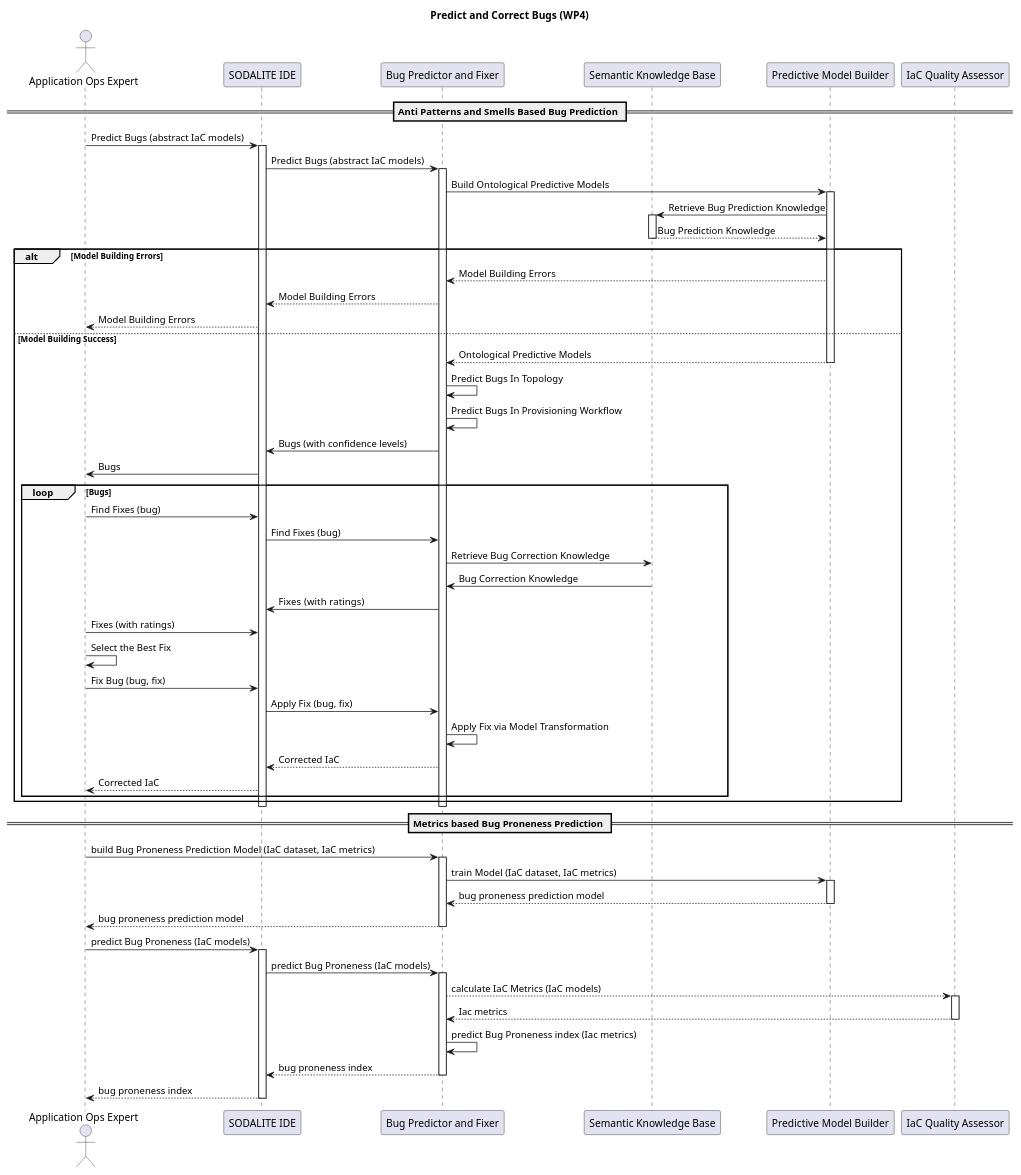
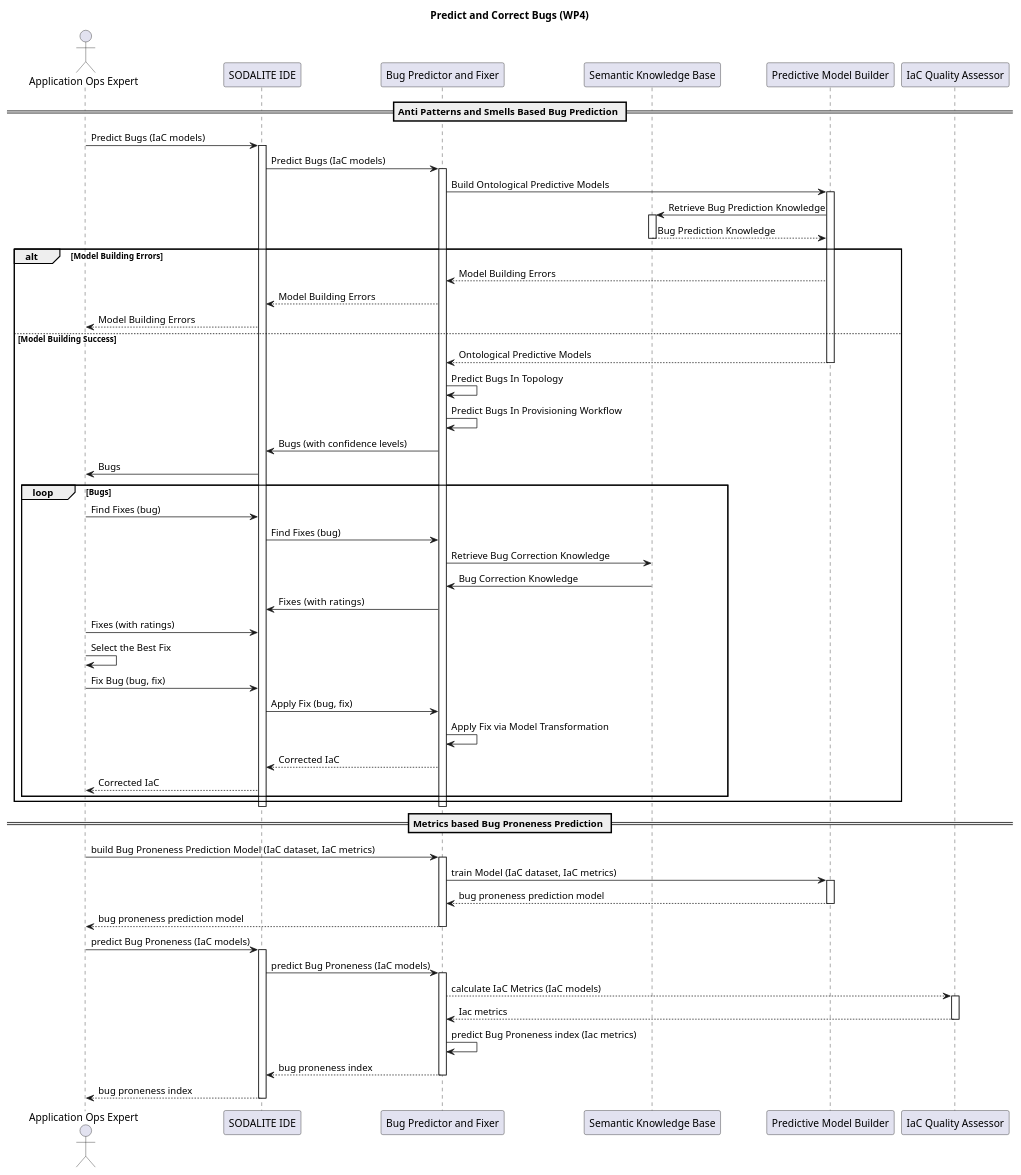
One commit to SODALITE-EU/project-wide-documentation changed the diagram in uml/sequence-diagrams/UC-05-PredictandCorrectBugs-WP4.puml. Above: the diagram before and after it, drawn with PlantUML.

Commit message:
Update UC-05-PredictandCorrectBugs-WP4.puml
Removed "Abstract"

```diff
--- a/uml/sequence-diagrams/UC-05-PredictandCorrectBugs-WP4.puml
+++ b/uml/sequence-diagrams/UC-05-PredictandCorrectBugs-WP4.puml
@@ -1,76 +1,76 @@
 @startuml
 
 title Predict and Correct Bugs (WP4)
 actor "Application Ops Expert" as ops
 participant "SODALITE IDE" as sic
 participant "Bug Predictor and Fixer" as bp
 participant "Semantic Knowledge Base" as skb
 participant "Predictive Model Builder" as pmb
 participant "IaC Quality Assessor" as iqa
 
 == Anti Patterns and Smells Based Bug Prediction ==
 
-ops-> sic: Predict Bugs (abstract IaC models)
+ops-> sic: Predict Bugs (IaC models)
 activate sic
-sic-> bp: Predict Bugs (abstract IaC models)
+sic-> bp: Predict Bugs (IaC models)
 activate bp
 bp -> pmb: Build Ontological Predictive Models
 activate pmb
 pmb -> skb: Retrieve Bug Prediction Knowledge
 activate skb
 skb --> pmb: Bug Prediction Knowledge
 deactivate skb
 alt Model Building Errors
     pmb --> bp: Model Building Errors
     bp --> sic: Model Building Errors
     sic --> ops: Model Building Errors
 else Model Building Success
     pmb --> bp: Ontological Predictive Models
     deactivate pmb
     bp -> bp: Predict Bugs In Topology
     bp -> bp: Predict Bugs In Provisioning Workflow
     bp -> sic: Bugs (with confidence levels)
     sic -> ops: Bugs
     loop Bugs
        ops -> sic: Find Fixes (bug)
        sic -> bp:  Find Fixes (bug)
        bp-> skb: Retrieve Bug Correction Knowledge
        skb -> bp: Bug Correction Knowledge
        bp -> sic: Fixes  (with ratings)
        ops -> sic: Fixes (with ratings)
        ops -> ops: Select the Best Fix
        ops -> sic: Fix Bug (bug, fix)
        sic -> bp : Apply Fix (bug, fix)
        bp -> bp :  Apply Fix via Model Transformation
        bp --> sic: Corrected IaC
        sic --> ops: Corrected IaC
     end
 end
 deactivate bp
 deactivate sic
 
 == Metrics based Bug Proneness Prediction ==
 
 ops -> bp: build Bug Proneness Prediction Model (IaC dataset, IaC metrics)
 activate bp
 bp -> pmb: train Model (IaC dataset, IaC metrics)
 activate pmb
 pmb --> bp: bug proneness prediction model
 deactivate pmb
 bp --> ops: bug proneness prediction model
 deactivate bp
 ops -> sic: predict Bug Proneness (IaC models)
 activate sic
 sic -> bp: predict Bug Proneness (IaC models)
 activate bp
 bp --> iqa: calculate IaC Metrics (IaC models)
 activate iqa
 iqa --> bp: Iac metrics
 deactivate iqa
 bp -> bp : predict Bug Proneness index (Iac metrics)
 bp --> sic: bug proneness index
 deactivate bp
 sic --> ops: bug proneness index
 deactivate sic
 
 @enduml
```
